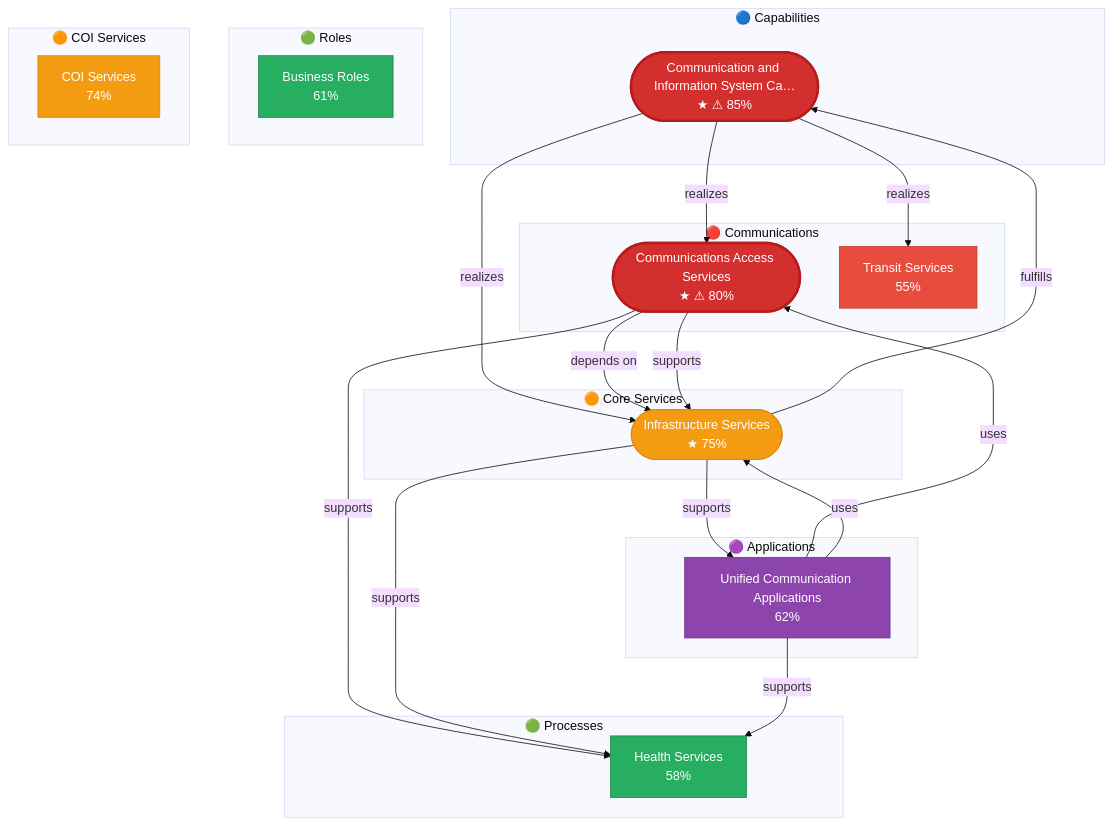
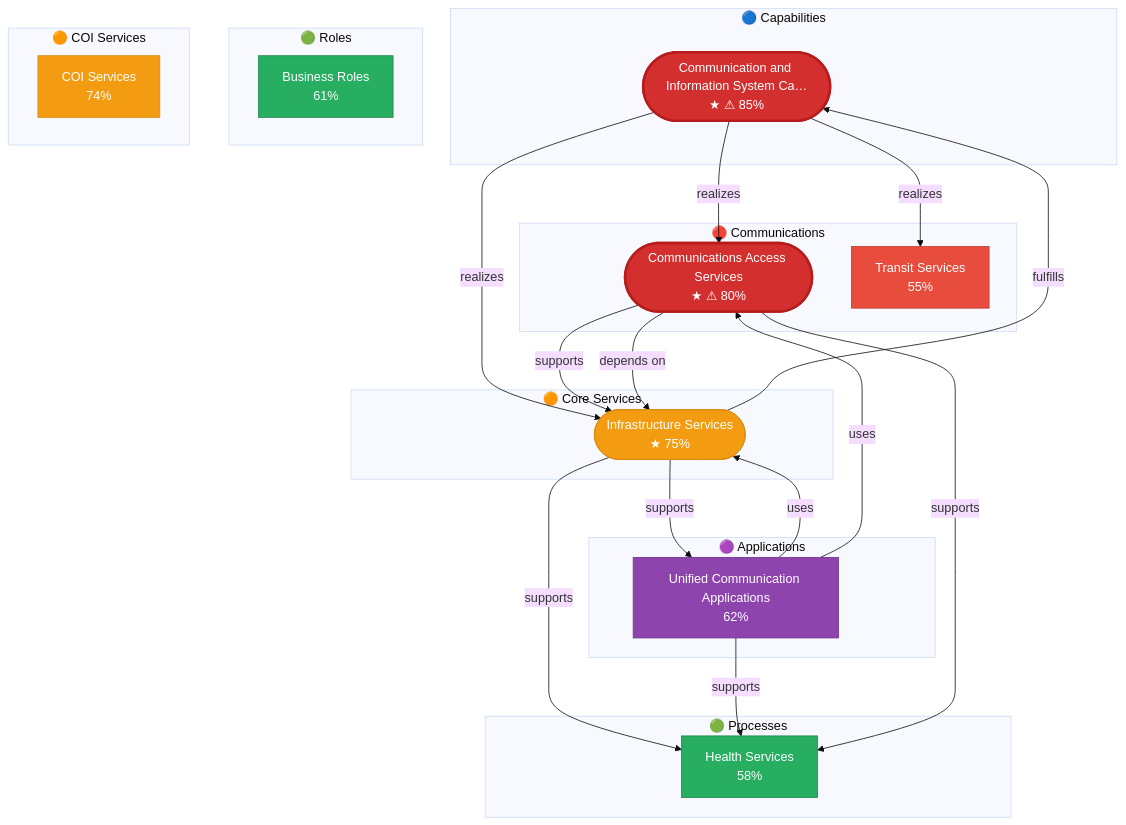
The second of 2 diagrams in README.md (carstenartur/Taxonomy), drawn with Mermaid (base theme) before and after one commit. The commit also changed other lines of this file, not shown here.

Commit message:
Refresh deterministic architecture showcase ordering

````diff
--- a/README.md
+++ b/README.md
@@ -47,55 +47,55 @@
 ```mermaid
 flowchart TD
     subgraph Capabilities["🔵 Capabilities"]
         CP_1023(["Communication and Information System Ca…<br/>★ ⚠ 85%"])
     end
     subgraph Business_Roles["🟢 Roles"]
         BR["Business Roles<br/>61%"]
     end
     subgraph Business_Processes["🟢 Processes"]
         BP_1490["Health Services<br/>58%"]
     end
     subgraph Core_Services["🟠 Core Services"]
         CR_1047(["Infrastructure Services<br/>★ 75%"])
     end
     subgraph COI_Services["🟠 COI Services"]
         CI["COI Services<br/>74%"]
     end
     subgraph User_Applications["🟣 Applications"]
         UA_1574["Unified Communication Applications<br/>62%"]
     end
     subgraph Communications_Services["🔴 Communications"]
         CO_1011(["Communications Access Services<br/>★ ⚠ 80%"])
         CO_1050["Transit Services<br/>55%"]
     end
     CP_1023 -->|realizes| CO_1011
     CP_1023 -->|realizes| CR_1047
-    CO_1011 -->|depends on| CR_1047
     CO_1011 -->|supports| CR_1047
     CR_1047 -->|fulfills| CP_1023
+    CO_1011 -->|depends on| CR_1047
     CR_1047 -->|supports| UA_1574
+    UA_1574 -->|uses| CR_1047
     UA_1574 -->|uses| CO_1011
-    UA_1574 -->|uses| CR_1047
-    CO_1011 -->|supports| BP_1490
     CR_1047 -->|supports| BP_1490
     UA_1574 -->|supports| BP_1490
+    CO_1011 -->|supports| BP_1490
     CP_1023 -->|realizes| CO_1050
     classDef cap fill:#4A90D9,color:#fff,stroke:#2171B5
     classDef proc fill:#27AE60,color:#fff,stroke:#1E8449
     classDef role fill:#27AE60,color:#fff,stroke:#1E8449
     classDef svc fill:#F39C12,color:#fff,stroke:#D68910
     classDef app fill:#8E44AD,color:#fff,stroke:#6C3483
     classDef info fill:#3498DB,color:#fff,stroke:#2980B9
     classDef comm fill:#E74C3C,color:#fff,stroke:#C0392B
     classDef hotspot fill:#D32F2F,color:#fff,stroke:#B71C1C,stroke-width:3px
     class CP_1023 cap
     class CP_1023 hotspot
     class BR role
     class BP_1490 proc
     class CR_1047 svc
     class CI svc
     class UA_1574 app
     class CO_1011 comm
     class CO_1011 hotspot
     class CO_1050 comm
 ```
````
